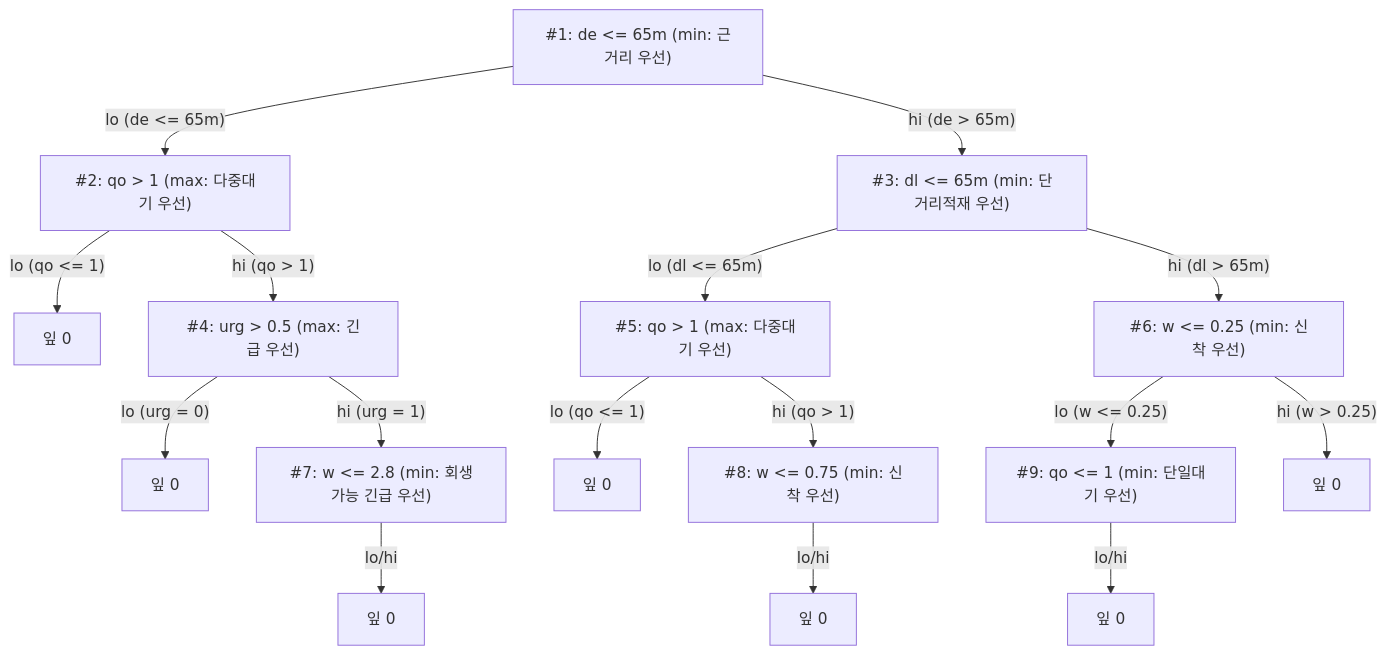
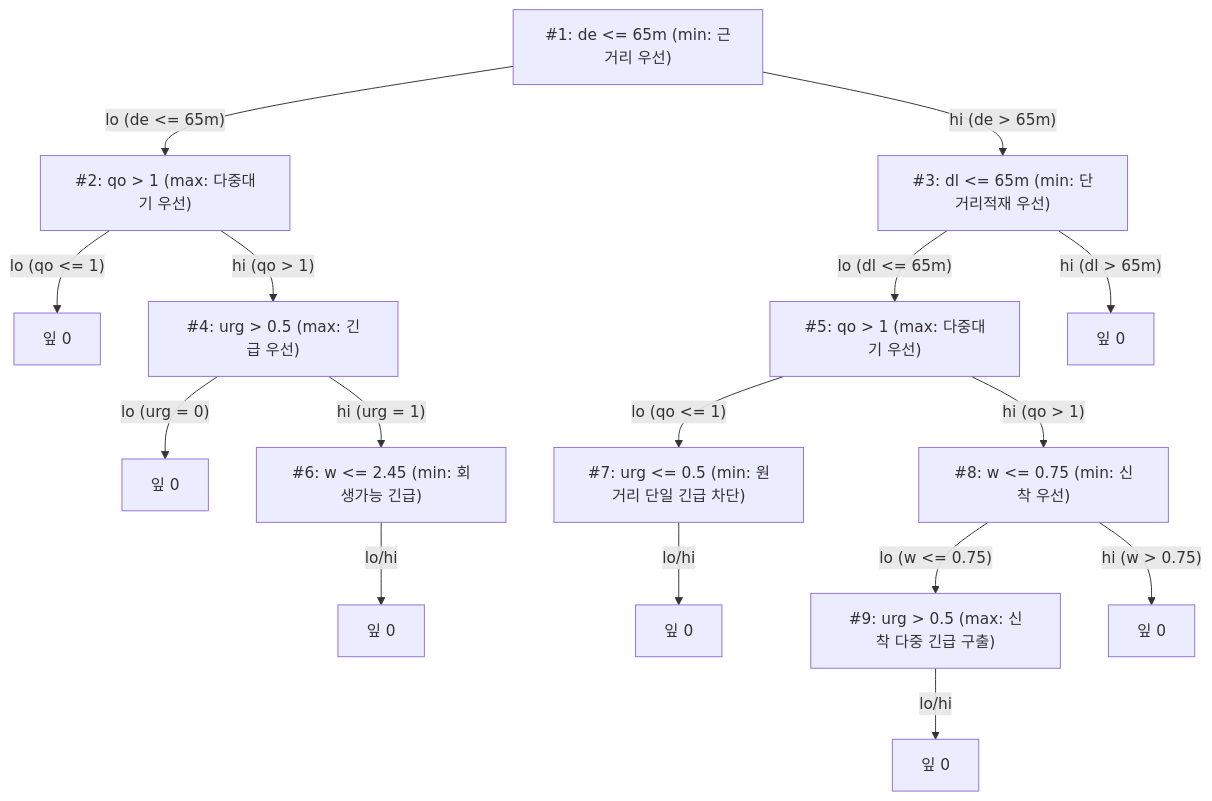
Before and after one commit to AMR-team-14/AMR_Team_14: the diagram in final_agv_report.md, drawn with Mermaid. The commit also changed other lines of this file and 14 other files, not shown here.

````diff
--- a/final_agv_report.md
+++ b/final_agv_report.md
@@ -59,28 +63,28 @@
 ```mermaid
 flowchart TD
     N1["#1: de <= 65m (min: 근거리 우선)"]
     N2["#2: qo > 1 (max: 다중대기 우선)"]
     N3["#3: dl <= 65m (min: 단거리적재 우선)"]
     N4["#4: urg > 0.5 (max: 긴급 우선)"]
     N5["#5: qo > 1 (max: 다중대기 우선)"]
-    N6["#6: w <= 0.25 (min: 신착 우선)"]
-    N7["#7: w <= 2.8 (min: 회생가능 긴급 우선)"]
+    N6["#6: w <= 2.45 (min: 회생가능 긴급)"]
+    N7["#7: urg <= 0.5 (min: 원거리 단일 긴급 차단)"]
     N8["#8: w <= 0.75 (min: 신착 우선)"]
-    N9["#9: qo <= 1 (min: 단일대기 우선)"]
+    N9["#9: urg > 0.5 (max: 신착 다중 긴급 구출)"]
 
     N1 -- "lo (de <= 65m)" --> N2
     N1 -- "hi (de > 65m)" --> N3
     N2 -- "lo (qo <= 1)" --> L20["잎 0"]
     N2 -- "hi (qo > 1)" --> N4
     N4 -- "lo (urg = 0)" --> L40["잎 0"]
-    N4 -- "hi (urg = 1)" --> N7
+    N4 -- "hi (urg = 1)" --> N6
+    N6 -- "lo/hi" --> L60["잎 0"]
+    N3 -- "lo (dl <= 65m)" --> N5
+    N3 -- "hi (dl > 65m)" --> L30["잎 0"]
+    N5 -- "lo (qo <= 1)" --> N7
+    N5 -- "hi (qo > 1)" --> N8
     N7 -- "lo/hi" --> L70["잎 0"]
-    N3 -- "lo (dl <= 65m)" --> N5
-    N3 -- "hi (dl > 65m)" --> N6
-    N5 -- "lo (qo <= 1)" --> L50["잎 0"]
-    N5 -- "hi (qo > 1)" --> N8
-    N8 -- "lo/hi" --> L80["잎 0"]
-    N6 -- "lo (w <= 0.25)" --> N9
-    N6 -- "hi (w > 0.25)" --> L60["잎 0"]
+    N8 -- "lo (w <= 0.75)" --> N9
+    N8 -- "hi (w > 0.75)" --> L80["잎 0"]
     N9 -- "lo/hi" --> L90["잎 0"]
 ```
````
